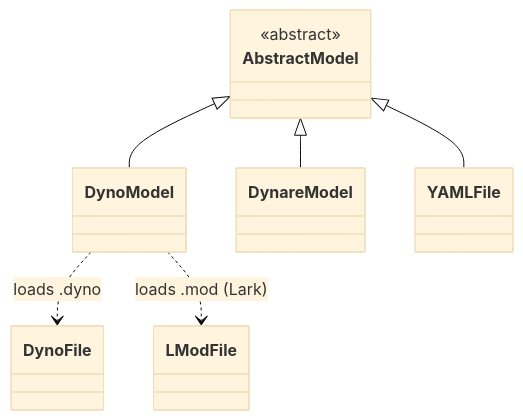
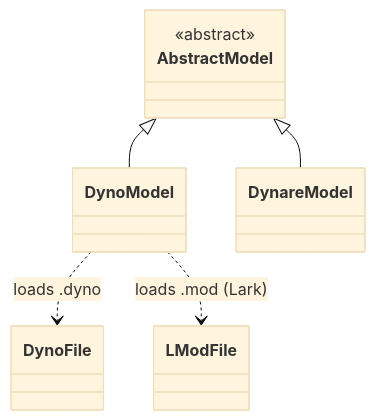
The diagram in docs/model_classes.md (EconForge/dyno.py), drawn with Mermaid (base theme) before and after one commit. The commit also changed other lines of this file and 20 other files, not shown here.

````diff
--- a/docs/model_classes.md
+++ b/docs/model_classes.md
@@ -3,20 +3,18 @@
 ```mermaid
 classDiagram
     direction TB
     %% Core model inheritance
     class AbstractModel
     class DynoModel
     class DynareModel
-    class YAMLFile
     class DynoFile
     class LModFile
 
     <<abstract>> AbstractModel
 
     AbstractModel <|-- DynoModel
     AbstractModel <|-- DynareModel
     
     DynoModel ..> DynoFile : loads .dyno
     DynoModel ..> LModFile : loads .mod (Lark)
-    AbstractModel <|-- YAMLFile
 ```
````
